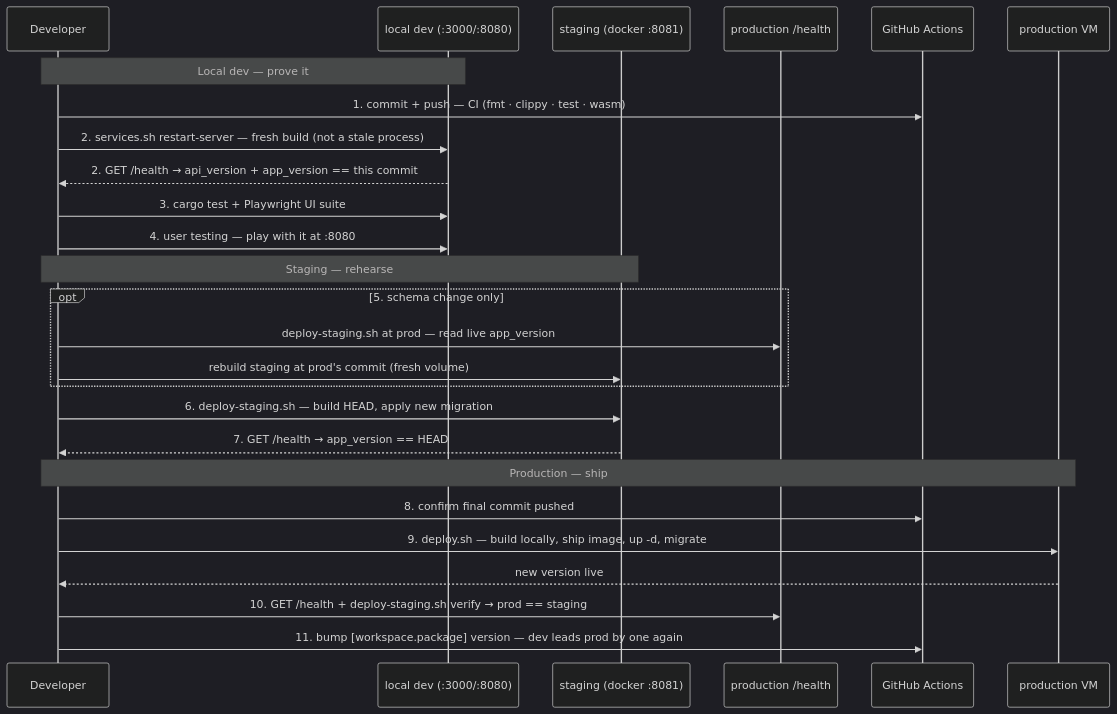
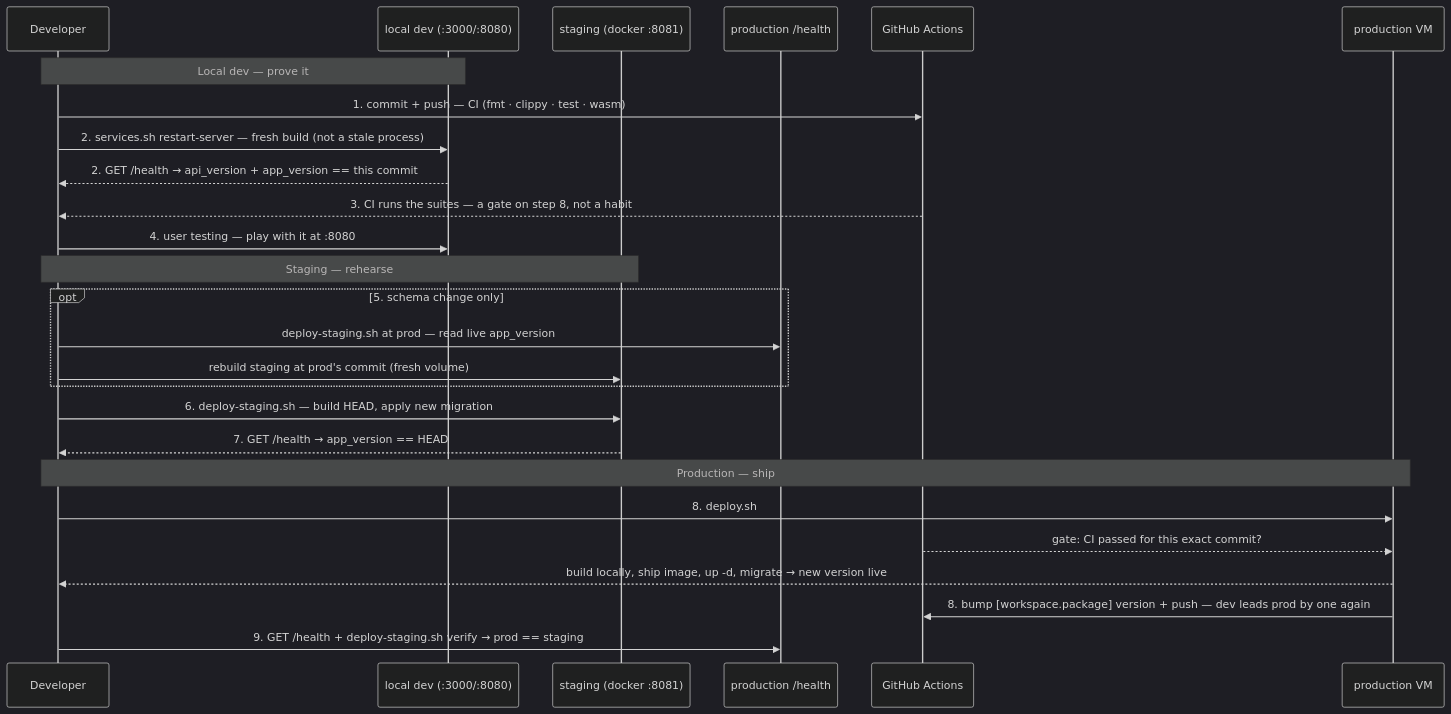
One commit to SteveStyle/scrabble-px changed the diagram in docs/3.3-testing-ci-and-release.md. Above: the diagram before and after it, drawn with Mermaid (dark theme). The commit also changed other lines of this file and 2 other files, not shown here.

````diff
--- a/docs/3.3-testing-ci-and-release.md
+++ b/docs/3.3-testing-ci-and-release.md
@@ -264,29 +251,29 @@
 ```mermaid
 sequenceDiagram
     participant Dev as Developer
     participant Loc as local dev (:3000/:8080)
     participant Stg as staging (docker :8081)
     participant Prod as production /health
     participant GH as GitHub Actions
     participant VM as production VM
 
     Note over Dev,Loc: Local dev — prove it
     Dev->>GH: 1. commit + push — CI (fmt · clippy · test · wasm)
     Dev->>Loc: 2. services.sh restart-server — fresh build (not a stale process)
     Loc-->>Dev: 2. GET /health → api_version + app_version == this commit
-    Dev->>Loc: 3. cargo test + Playwright UI suite
+    GH-->>Dev: 3. CI runs the suites — a gate on step 8, not a habit
     Dev->>Loc: 4. user testing — play with it at :8080
     Note over Dev,Stg: Staging — rehearse
     opt 5. schema change only
         Dev->>Prod: deploy-staging.sh at prod — read live app_version
         Dev->>Stg: rebuild staging at prod's commit (fresh volume)
     end
     Dev->>Stg: 6. deploy-staging.sh — build HEAD, apply new migration
     Stg-->>Dev: 7. GET /health → app_version == HEAD
     Note over Dev,VM: Production — ship
-    Dev->>GH: 8. confirm final commit pushed
-    Dev->>VM: 9. deploy.sh — build locally, ship image, up -d, migrate
-    VM-->>Dev: new version live
-    Dev->>Prod: 10. GET /health + deploy-staging.sh verify → prod == staging
-    Dev->>GH: 11. bump [workspace.package] version — dev leads prod by one again
+    Dev->>VM: 8. deploy.sh
+    GH-->>VM: gate: CI passed for this exact commit?
+    VM-->>Dev: build locally, ship image, up -d, migrate → new version live
+    VM->>GH: 8. bump [workspace.package] version + push — dev leads prod by one again
+    Dev->>Prod: 9. GET /health + deploy-staging.sh verify → prod == staging
 ```
````
